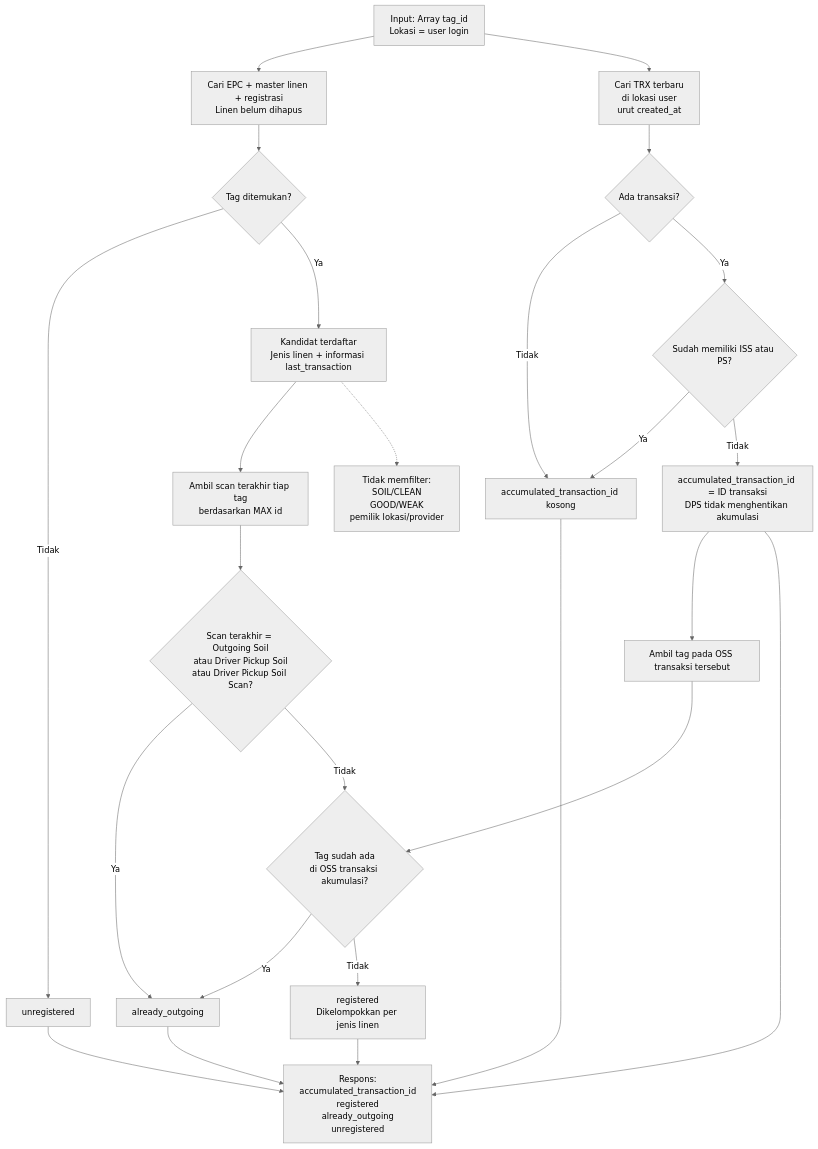
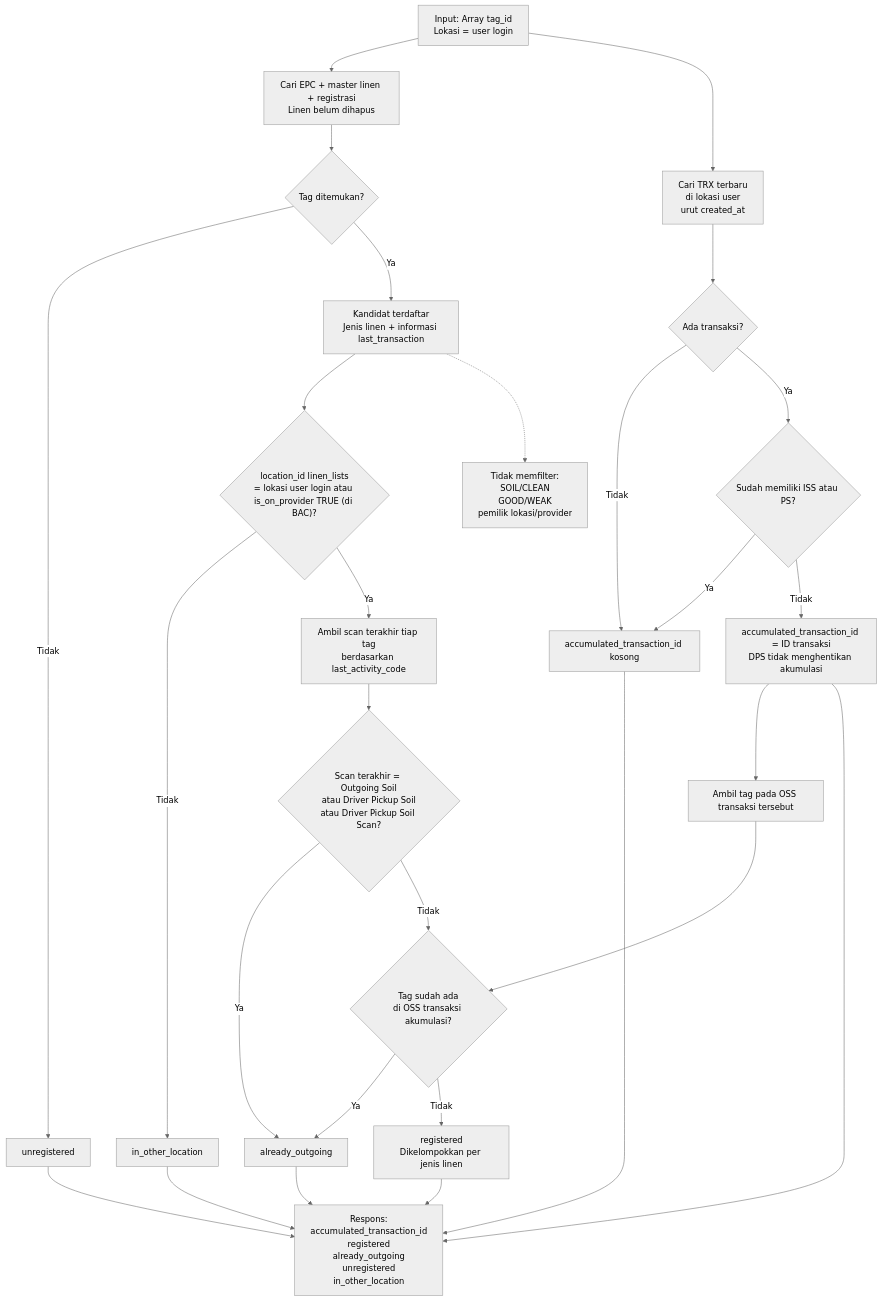
One commit to bagaskrmn/bac-flow-laundry changed the first of 2 diagrams in laundry-activities/outgoing-soil.md. Above: the diagram before and after it, drawn with Mermaid (neutral theme). The commit also changed other lines of this file and 1 other file, not shown here.

Commit message:
update OSS and DPS

````diff
--- a/laundry-activities/outgoing-soil.md
+++ b/laundry-activities/outgoing-soil.md
@@ -3,33 +3,36 @@
 ```mermaid
 flowchart TD
     N_START["Input: Array tag_id<br/>Lokasi = user login"]
 
     N_START --> N_MASTER["Cari EPC + master linen + registrasi<br/>Linen belum dihapus"]
     N_MASTER --> N_FOUND{"Tag ditemukan?"}
     N_FOUND -->|Tidak| N_UNREG["unregistered"]
     N_FOUND -->|Ya| N_CAND["Kandidat terdaftar<br/>Jenis linen + informasi last_transaction"]
 
     N_START --> N_TRX["Cari TRX terbaru<br/>di lokasi user<br/>urut created_at"]
     N_TRX --> N_HAS{"Ada transaksi?"}
     N_HAS -->|Tidak| N_NEW["accumulated_transaction_id kosong"]
     N_HAS -->|Ya| N_CHECK{"Sudah memiliki ISS atau PS?"}
     N_CHECK -->|Ya| N_NEW
     N_CHECK -->|Tidak| N_ACC["accumulated_transaction_id = ID transaksi<br/>DPS tidak menghentikan akumulasi"]
     N_ACC --> N_EXIST["Ambil tag pada OSS transaksi tersebut"]
 
-    N_CAND --> N_LAST["Ambil scan terakhir tiap tag<br/>berdasarkan MAX id"]
+    N_CAND --> N_LOC{"location_id linen_lists<br/>= lokasi user login atau is_on_provider TRUE (di BAC)?"}
+    N_LOC -->|Tidak| N_OTHERLOC["in_other_location"]
+    N_LOC -->|Ya| N_LAST["Ambil scan terakhir tiap tag<br/>berdasarkan last_activity_code"]
     N_LAST --> N_OUT{"Scan terakhir = Outgoing Soil<br/>atau Driver Pickup Soil<br/>atau Driver Pickup Soil Scan?"}
     N_OUT -->|Ya| N_ALREADY["already_outgoing"]
     N_OUT -->|Tidak| N_INACC{"Tag sudah ada<br/>di OSS transaksi akumulasi?"}
     N_EXIST --> N_INACC
     N_INACC -->|Ya| N_ALREADY
     N_INACC -->|Tidak| N_READY["registered<br/>Dikelompokkan per jenis linen"]
 
-    N_READY --> N_RES["Respons:<br/>accumulated_transaction_id<br/>registered<br/>already_outgoing<br/>unregistered"]
+    N_READY --> N_RES["Respons:<br/>accumulated_transaction_id<br/>registered<br/>already_outgoing<br/>unregistered<br/>in_other_location"]
     N_ALREADY --> N_RES
     N_UNREG --> N_RES
+    N_OTHERLOC --> N_RES
     N_ACC --> N_RES
     N_NEW --> N_RES
 
     N_CAND -.-> N_RULE["Tidak memfilter:<br/>SOIL/CLEAN<br/>GOOD/WEAK<br/>pemilik lokasi/provider"]
 ```
````
